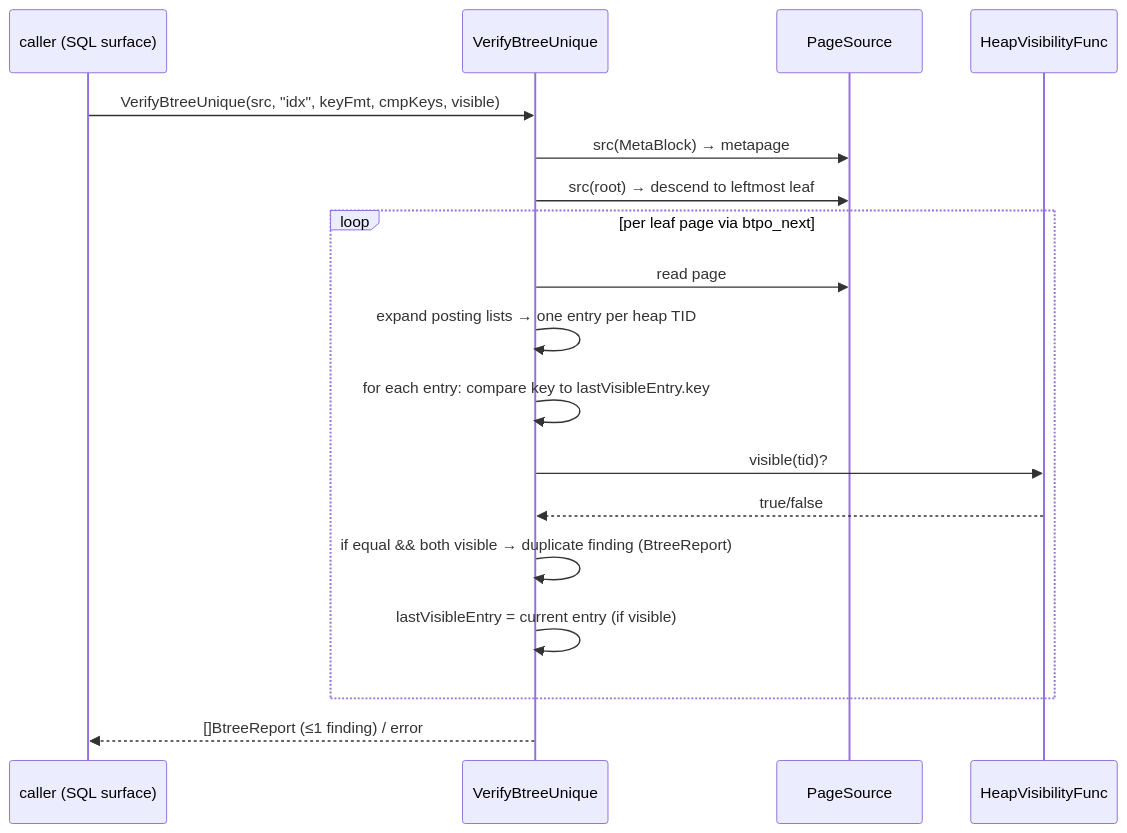
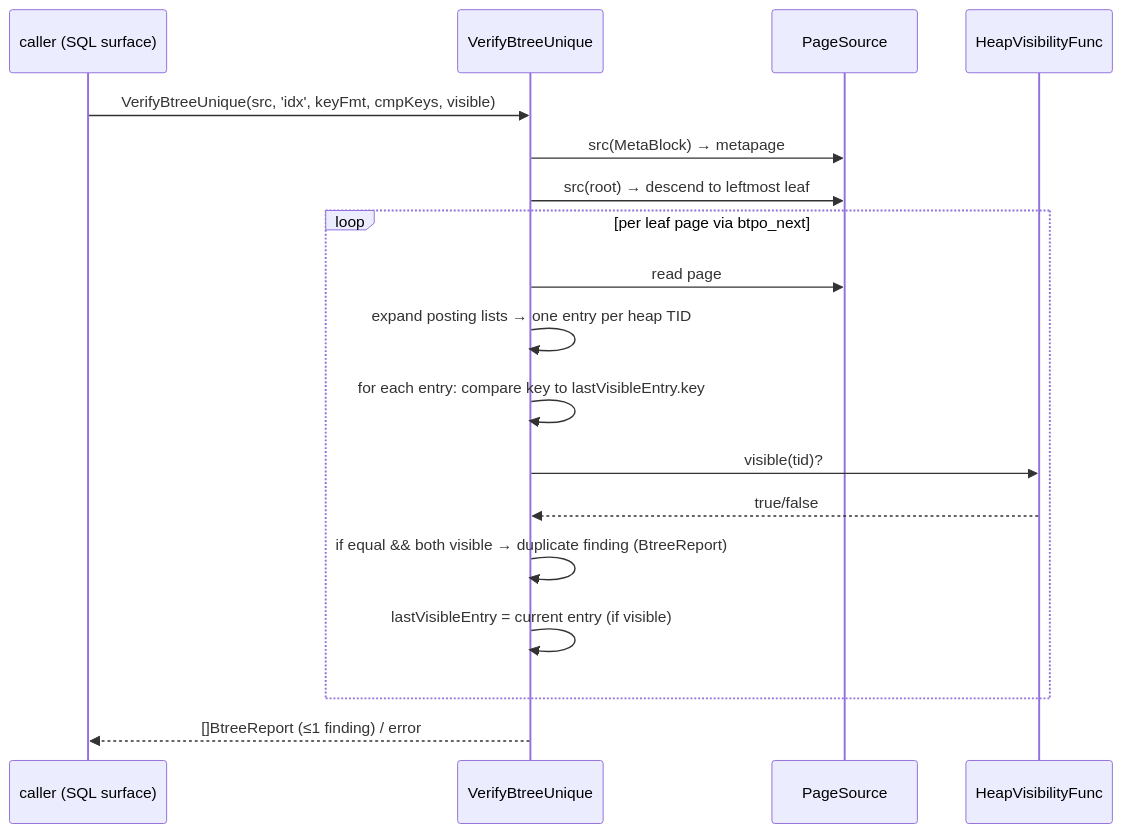
Before and after one commit to ryogrid/goopg: the second of 5 diagrams in docs/wiki/modules/amcheck.md, drawn with Mermaid. The commit also changed 24 other files, not shown here.

Commit message:
docs(wiki): fix mermaid syntax errors — reserve keyword LINK, flow chart parens, seq msg quotes/semicolons — M-NIGHTLY

````diff
--- a/docs/wiki/modules/amcheck.md
+++ b/docs/wiki/modules/amcheck.md
@@ -183,21 +183,21 @@
 ```mermaid
 sequenceDiagram
     participant C as caller (SQL surface)
     participant V as VerifyBtreeUnique
     participant SRC as PageSource
     participant VIS as HeapVisibilityFunc
 
-    C->>V: VerifyBtreeUnique(src, "idx", keyFmt, cmpKeys, visible)
+C->>V: VerifyBtreeUnique(src, 'idx', keyFmt, cmpKeys, visible)
     V->>SRC: src(MetaBlock) → metapage
     V->>SRC: src(root) → descend to leftmost leaf
     loop per leaf page via btpo_next
         V->>SRC: read page
         V->>V: expand posting lists → one entry per heap TID
         V->>V: for each entry: compare key to lastVisibleEntry.key
         V->>VIS: visible(tid)?
         VIS-->>V: true/false
         V->>V: if equal && both visible → duplicate finding (BtreeReport)
         V->>V: lastVisibleEntry = current entry (if visible)
     end
     V-->>C: []BtreeReport (≤1 finding) / error
 ```
````
